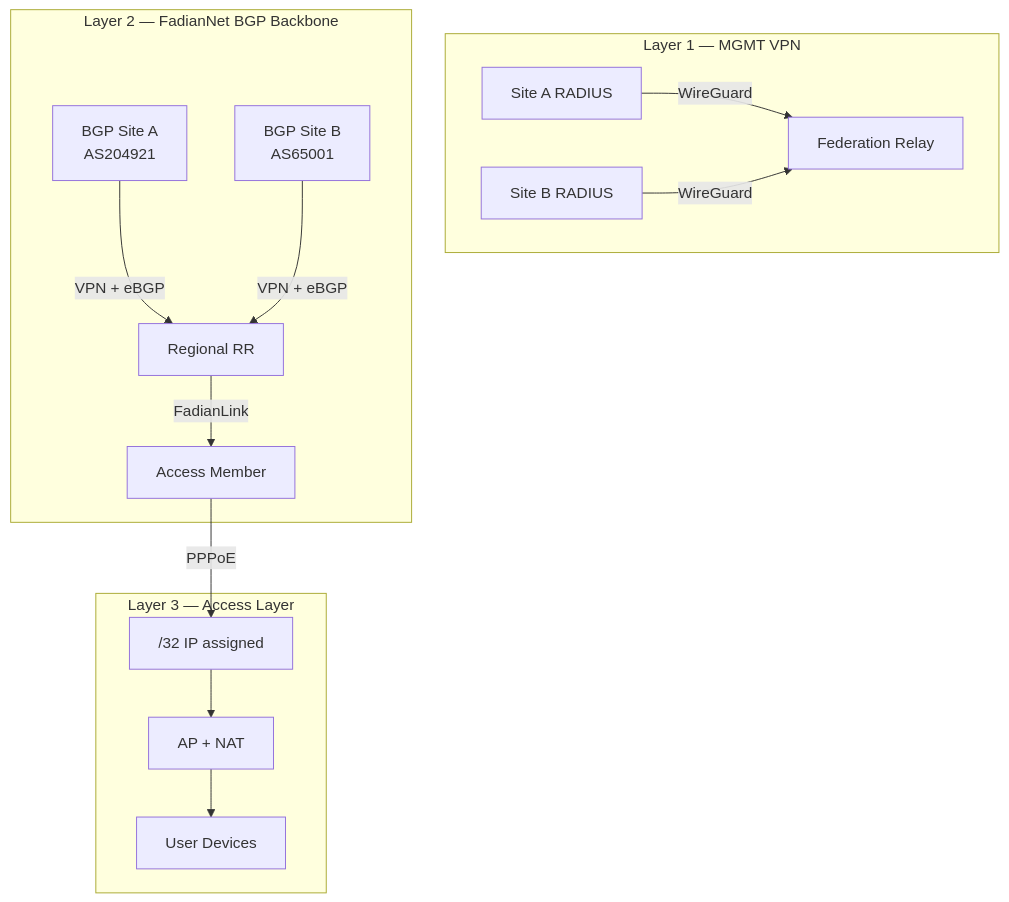
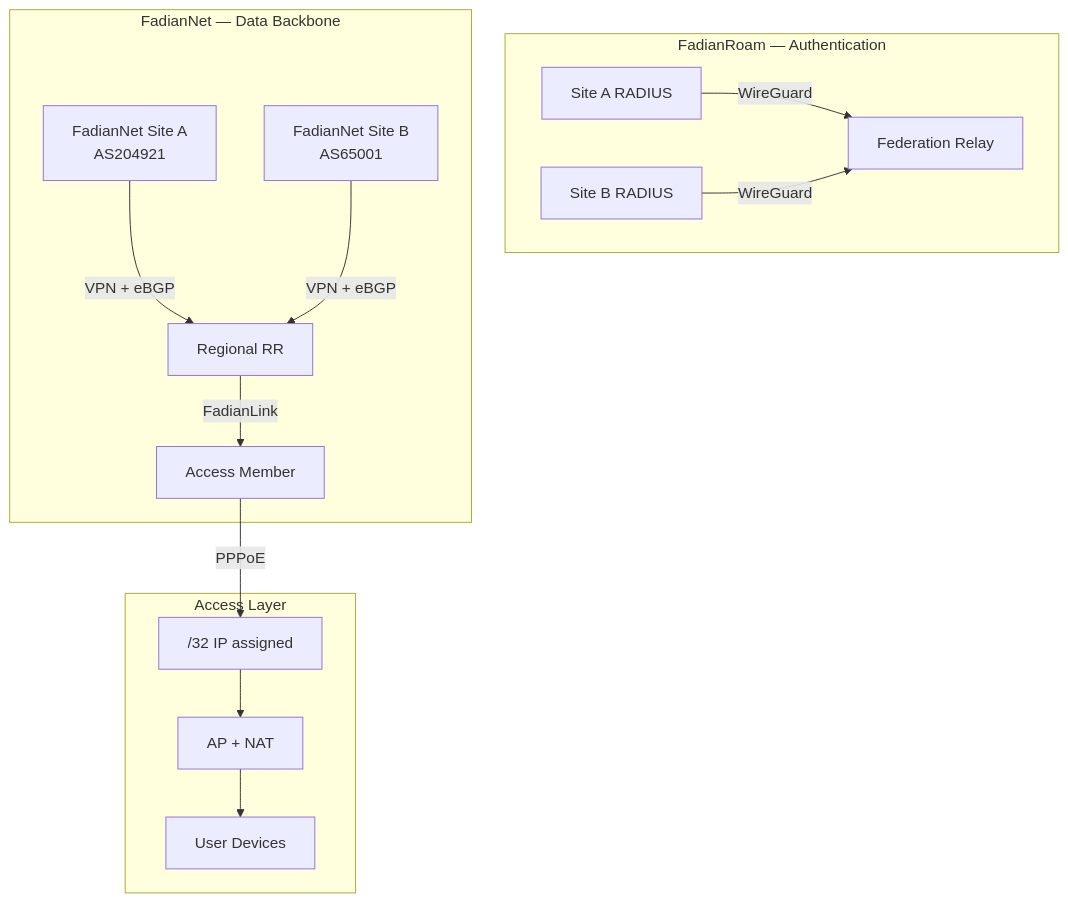
One commit to FadianRoam/fadianroam-blueprint changed the diagram in docs/architecture/overview.md. Above: the diagram before and after it, drawn with Mermaid. The commit also changed other lines of this file and 1 other file, not shown here.

````diff
--- a/docs/architecture/overview.md
+++ b/docs/architecture/overview.md
@@ -7,19 +7,19 @@
 ```mermaid
 graph TB
-    subgraph "Layer 1 — MGMT VPN"
+    subgraph "FadianRoam — Authentication"
         RADIUS_A[Site A RADIUS] -->|WireGuard| RELAY[Federation Relay]
         RADIUS_B[Site B RADIUS] -->|WireGuard| RELAY
     end
 
-    subgraph "Layer 2 — FadianNet BGP Backbone"
-        BGP_A[BGP Site A<br/>AS204921] -->|VPN + eBGP| RR[Regional RR]
-        BGP_B[BGP Site B<br/>AS65001] -->|VPN + eBGP| RR
+    subgraph "FadianNet — Data Backbone"
+        FN_A[FadianNet Site A<br/>AS204921] -->|VPN + eBGP| RR[Regional RR]
+        FN_B[FadianNet Site B<br/>AS65001] -->|VPN + eBGP| RR
         RR -->|FadianLink| ACC[Access Member]
     end
 
-    subgraph "Layer 3 — Access Layer"
+    subgraph "Access Layer"
         ACC -->|PPPoE| IP["/32 IP assigned"]
         IP --> NAT[AP + NAT]
         NAT --> USERS[User Devices]
     end
 ```
````
